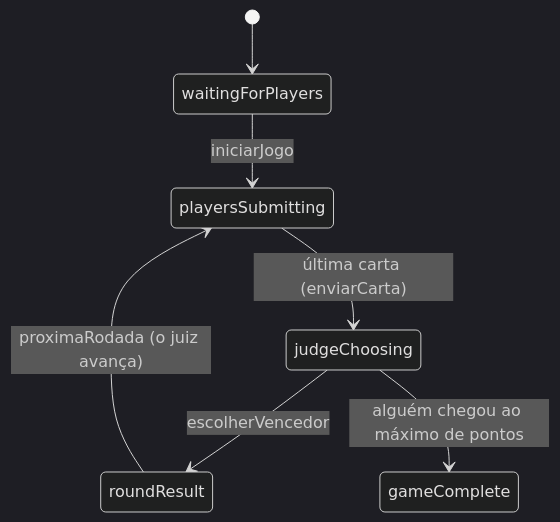
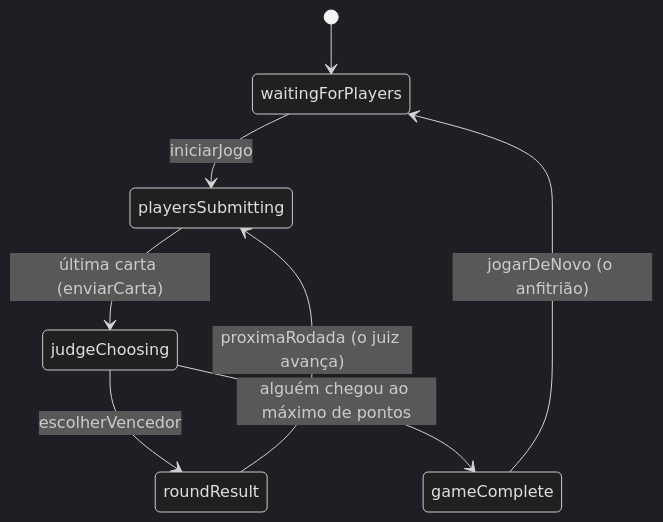
One commit to pedrinholeda/cartaralho changed the second of 2 diagrams in docs/DESENVOLVIMENTO.md. Above: the diagram before and after it, drawn with Mermaid (dark theme). The commit also changed other lines of this file and 2 other files, not shown here.

Commit message:
docs: configuração da sala, troca de mão e jogar de novo

````diff
--- a/docs/DESENVOLVIMENTO.md
+++ b/docs/DESENVOLVIMENTO.md
@@ -69,9 +69,10 @@
 ```mermaid
 stateDiagram-v2
   [*] --> waitingForPlayers
   waitingForPlayers --> playersSubmitting: iniciarJogo
   playersSubmitting --> judgeChoosing: última carta (enviarCarta)
   judgeChoosing --> roundResult: escolherVencedor
   judgeChoosing --> gameComplete: alguém chegou ao máximo de pontos
   roundResult --> playersSubmitting: proximaRodada (o juiz avança)
+  gameComplete --> waitingForPlayers: jogarDeNovo (o anfitrião)
 ```
````
